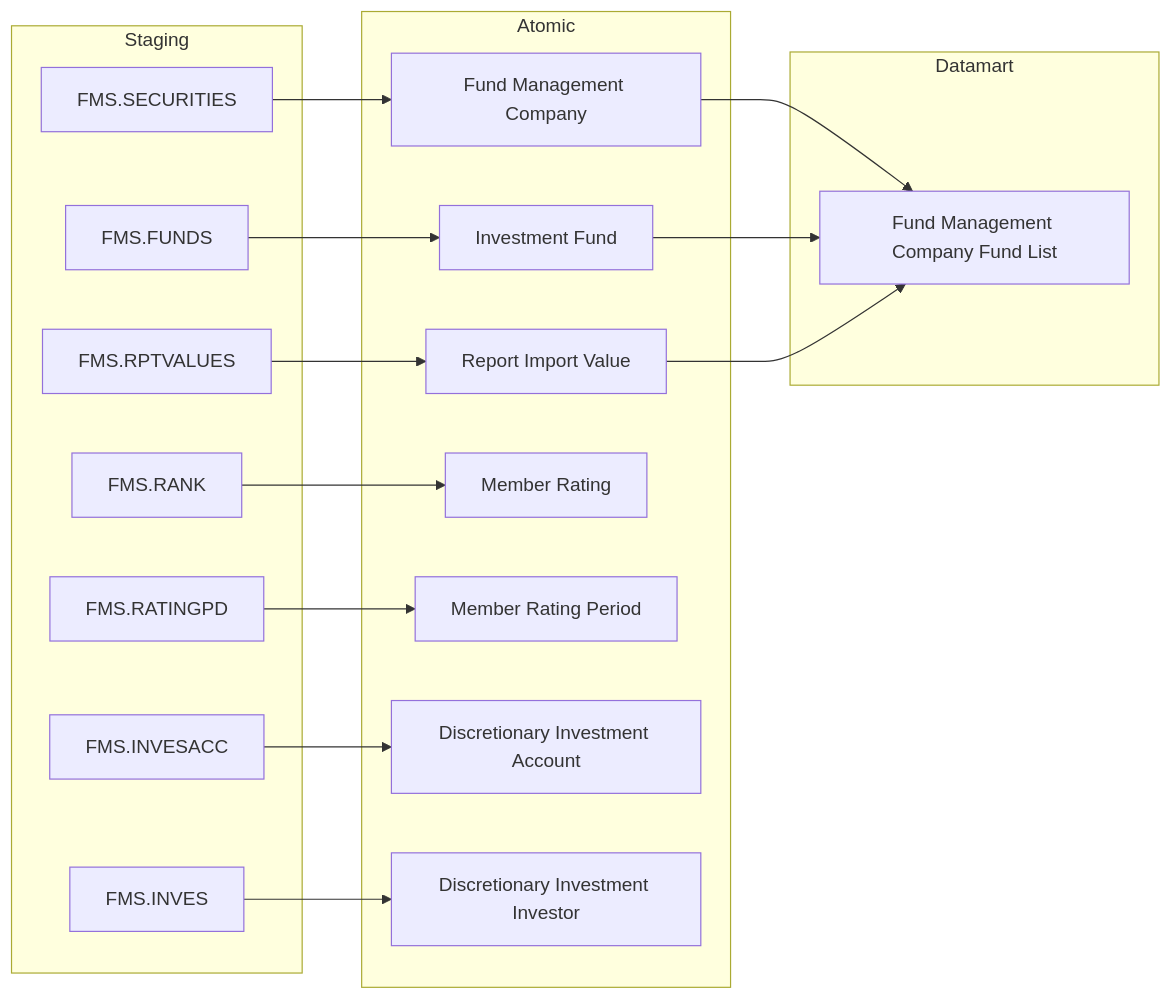
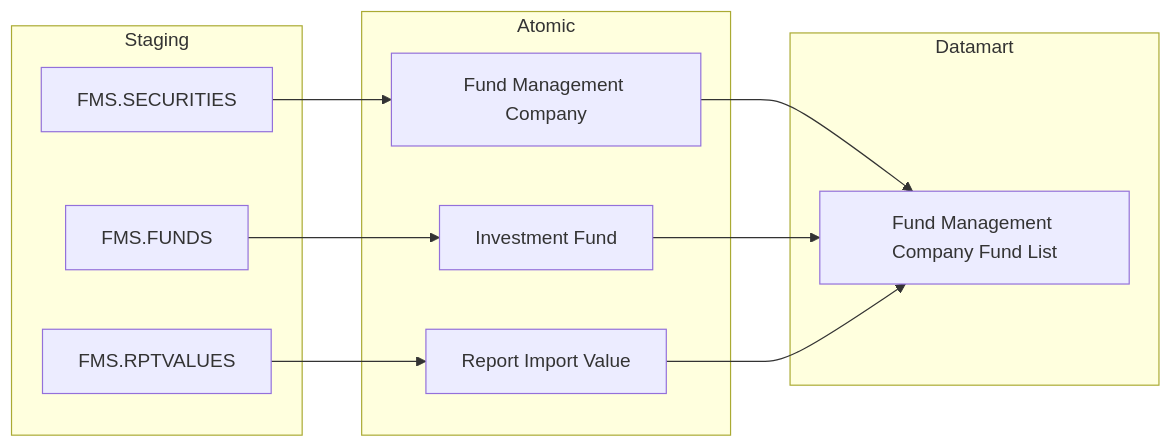
Before and after one commit to linhlvit/ubck_atomic_design: the fourth of 11 diagrams in docs/output/datamart/FMS/DTM_FMS_PTTK.md, drawn with Mermaid. The commit also changed other lines of this file and 11 other files, not shown here.

````diff
--- a/docs/output/datamart/FMS/DTM_FMS_PTTK.md
+++ b/docs/output/datamart/FMS/DTM_FMS_PTTK.md
@@ -196,38 +184,26 @@
 ```mermaid
 flowchart LR
     subgraph Staging
         S1["FMS.SECURITIES"]
         S2["FMS.FUNDS"]
         S4["FMS.RPTVALUES"]
-        S5["FMS.RANK"]
-        S6["FMS.RATINGPD"]
-        S7["FMS.INVESACC"]
-        S8["FMS.INVES"]
     end
 
     subgraph Atomic
         SV1["Fund Management Company"]
         SV2["Investment Fund"]
         SV4["Report Import Value"]
-        SV5["Member Rating"]
-        SV6["Member Rating Period"]
-        SV7["Discretionary Investment Account"]
-        SV8["Discretionary Investment Investor"]
     end
 
     subgraph Datamart
         G2["Fund Management Company Fund List"]
     end
 
     S1 --> SV1
     S2 --> SV2
     S4 --> SV4
-    S5 --> SV5
-    S6 --> SV6
-    S7 --> SV7
-    S8 --> SV8
 
     SV1 --> G2
     SV2 --> G2
     SV4 --> G2
 ```
````
